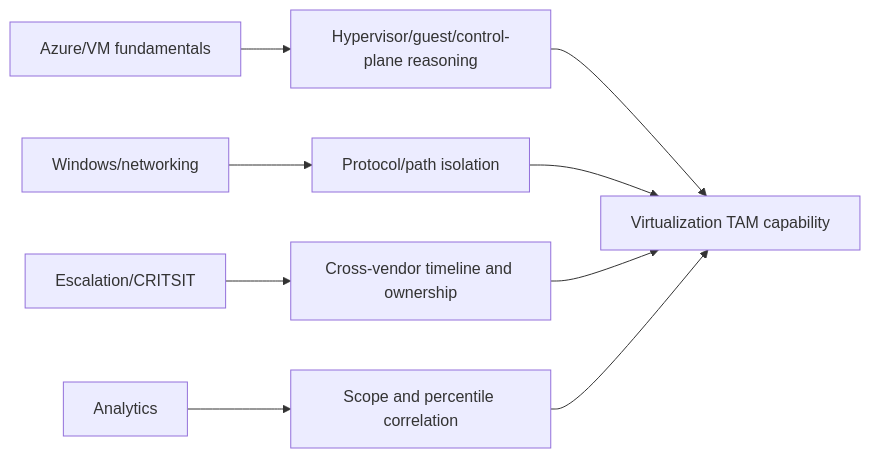
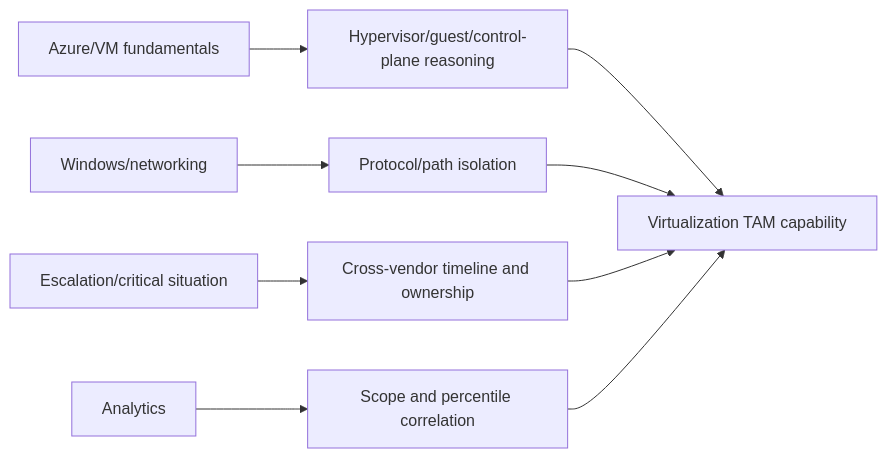
Diagram 27 of 27 in NetApp TAM/prep/Part-87-vmware-vsphere-netapp.md (hichauhan-in/Interview-Prep), drawn with Mermaid before and after one commit. The commit also changed other lines of this file and 493 other files, not shown here.

````diff
--- a/NetApp TAM/prep/Part-87-vmware-vsphere-netapp.md
+++ b/NetApp TAM/prep/Part-87-vmware-vsphere-netapp.md
@@ -441,11 +441,11 @@
 ```mermaid
 flowchart LR
     AZ[Azure/VM fundamentals] --> HV[Hypervisor/guest/control-plane reasoning]
     NET[Windows/networking] --> PATH[Protocol/path isolation]
-    CRIT[Escalation/CRITSIT] --> EVID[Cross-vendor timeline and ownership]
+    CRIT[Escalation/critical situation] --> EVID[Cross-vendor timeline and ownership]
     DATA[Analytics] --> PERF[Scope and percentile correlation]
     HV --> TAM[Virtualization TAM capability]
     PATH --> TAM
     EVID --> TAM
     PERF --> TAM
 ```
````
